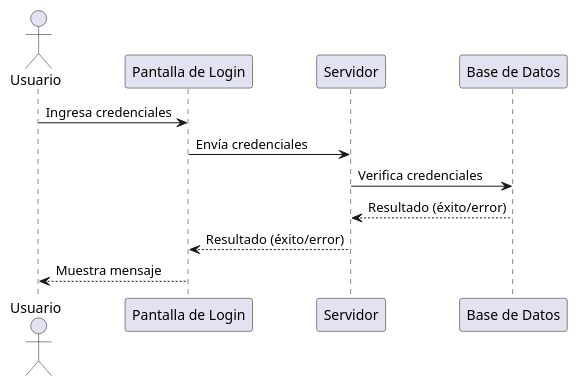
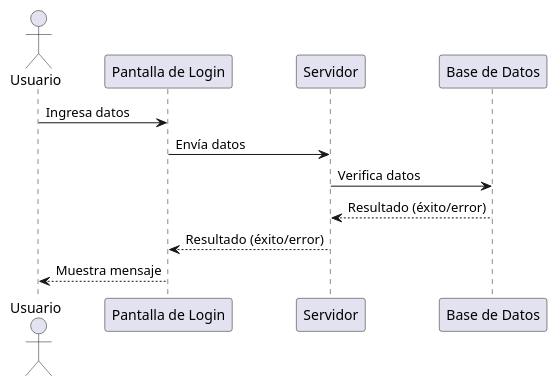
One commit to Scribax/Renew---David-WorkSpace changed the diagram in documentation/diagrama_secuencia_login.puml. Above: the diagram before and after it, drawn with PlantUML.

Commit message:
aña

```diff
--- a/documentation/diagrama_secuencia_login.puml
+++ b/documentation/diagrama_secuencia_login.puml
@@ -1,13 +1,13 @@
 @startuml "Diagrama"
 actor Usuario
 participant "Pantalla de Login" as Login
 participant Servidor
 participant "Base de Datos" as DB
 
-Usuario -> Login: Ingresa credenciales
-Login -> Servidor: Envía credenciales
-Servidor -> DB: Verifica credenciales
+Usuario -> Login: Ingresa datos
+Login -> Servidor: Envía datos
+Servidor -> DB: Verifica datos
 DB --> Servidor: Resultado (éxito/error)
 Servidor --> Login: Resultado (éxito/error)
 Login --> Usuario: Muestra mensaje
 @enduml
```
